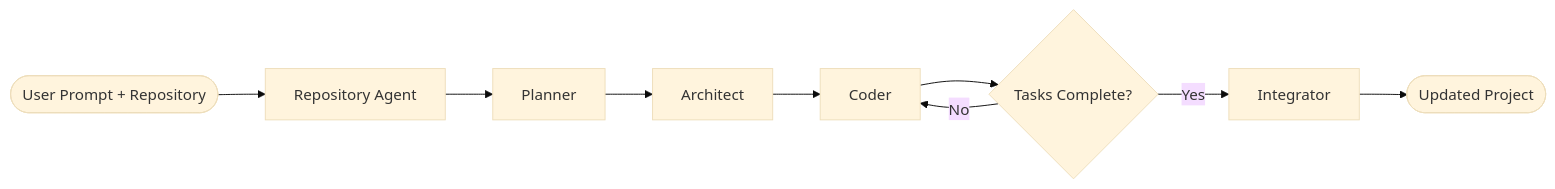
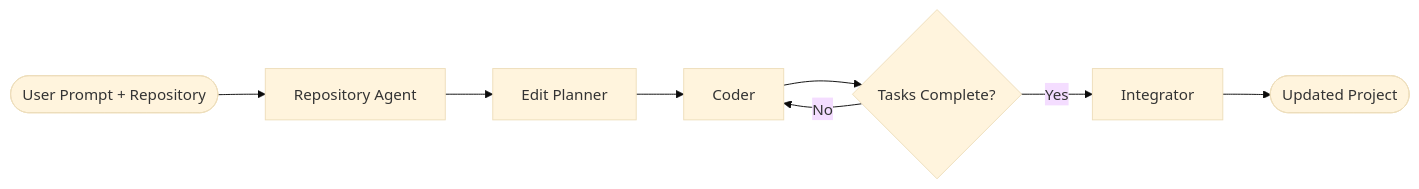
The third of 4 diagrams in README.md (adityaxxz/Adra-AI), drawn with Mermaid (base theme) before and after one commit. The commit also changed other lines of this file and 1 other file, not shown here.

Commit message:
docs: document edit_planner node; gitignore adraai-heroku-upgrades.md

````diff
--- a/README.md
+++ b/README.md
@@ -111,23 +112,21 @@
 ```mermaid
 flowchart LR
 
     A([User Prompt + Repository])
     B[Repository Agent]
-    C[Planner]
-    D[Architect]
-    E[Coder]
-    F{Tasks Complete?}
-    G[Integrator]
-    H([Updated Project])
+    C[Edit Planner]
+    D[Coder]
+    E{Tasks Complete?}
+    F[Integrator]
+    G([Updated Project])
 
     A --> B
     B --> C
     C --> D
     D --> E
-    E --> F
 
-    F -->|No| E
-    F -->|Yes| G
+    E -->|No| D
+    E -->|Yes| F
 
-    G --> H
+    F --> G
 ```
````
